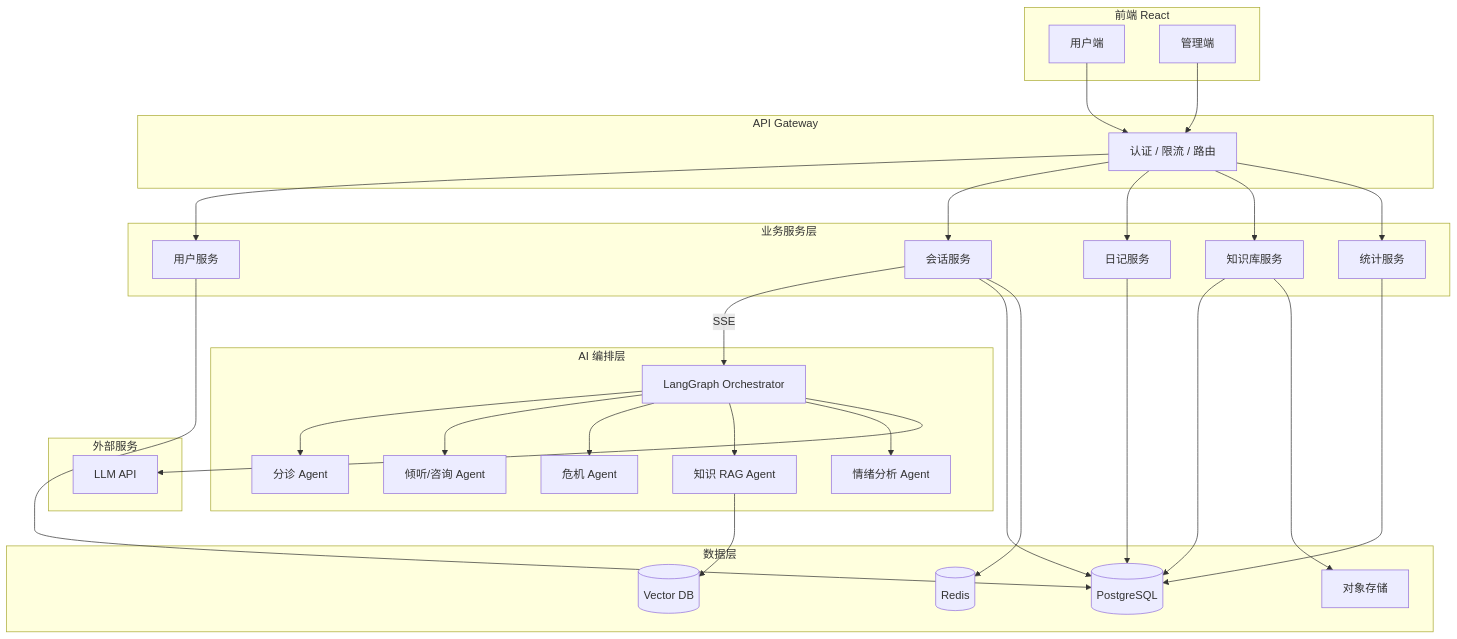
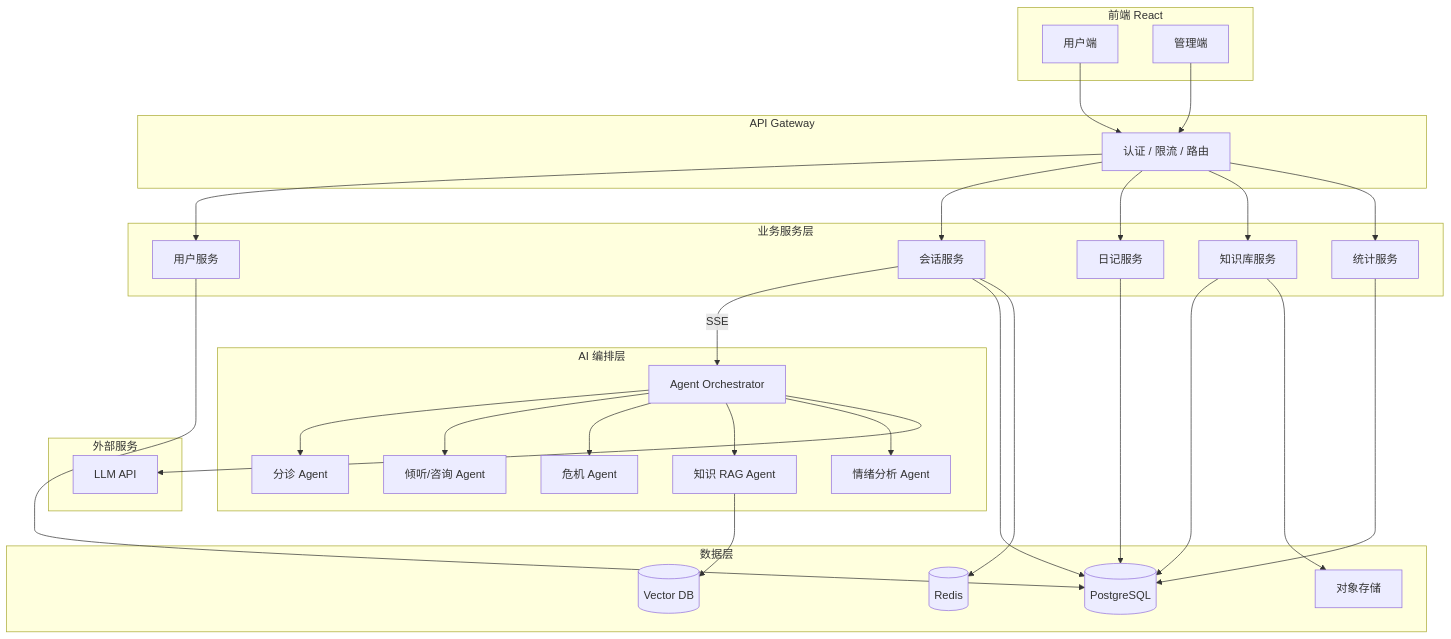
The first of 2 diagrams in docs/PROJECT_PLAN.md (cheng607/mindhug), drawn with Mermaid before and after one commit. The commit also changed other lines of this file and 33 other files, not shown here.

````diff
--- a/docs/PROJECT_PLAN.md
+++ b/docs/PROJECT_PLAN.md
@@ -115,50 +115,50 @@
 ```mermaid
 flowchart TB
     subgraph Client["前端 React"]
         A[用户端]
         B[管理端]
     end
 
     subgraph Gateway["API Gateway"]
         C[认证 / 限流 / 路由]
     end
 
     subgraph Services["业务服务层"]
         D[用户服务]
         E[会话服务]
         F[日记服务]
         G[知识库服务]
         H[统计服务]
     end
 
     subgraph AI["AI 编排层"]
-        I[LangGraph Orchestrator]
+        I[Agent Orchestrator]
         J[分诊 Agent]
         K[倾听/咨询 Agent]
         L[危机 Agent]
         M[知识 RAG Agent]
         N[情绪分析 Agent]
     end
 
     subgraph Data["数据层"]
         O[(PostgreSQL)]
         P[(Redis)]
         Q[(Vector DB)]
         R[对象存储]
     end
 
     subgraph External["外部服务"]
         S[LLM API]
     end
 
     A --> C
     B --> C
     C --> D & E & F & G & H
     E -->|SSE| I
     I --> J & K & L & M & N
     I --> S
     M --> Q
     D & E & F & G & H --> O
     E --> P
     G --> R
 ```
````
